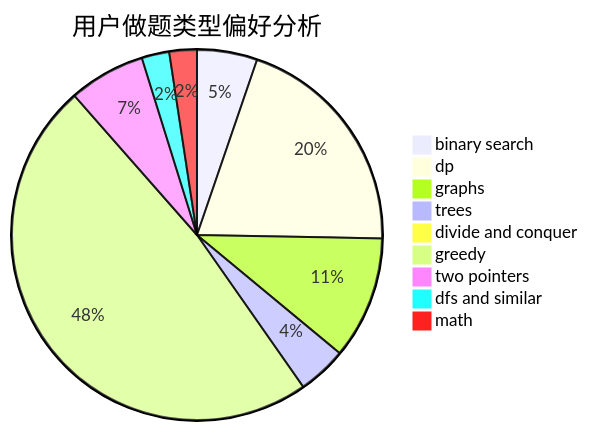
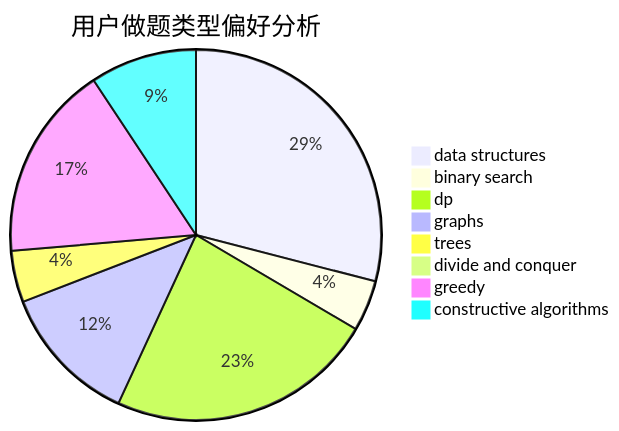
The second of 3 diagrams in docs/user/u676.md (sherpahu/cfrs.github.io), drawn with Mermaid before and after one commit. The commit also changed other lines of this file and 2775 other files, not shown here.

````diff
--- a/docs/user/u676.md
+++ b/docs/user/u676.md
@@ -23,12 +23,11 @@
 ```mermaid
 pie title 用户做题类型偏好分析
-    "binary search" :  129
-    "dp" :  492
-    "graphs" :  263
-    "trees" :  105
-    "divide and conquer" :  1
-    "greedy" :  1184
-    "two pointers" :  164
-    "dfs and similar" :  59
-    "math" :  59
+    "data structures" :  568
+    "binary search" :  87
+    "dp" :  458
+    "graphs" :  240
+    "trees" :  88
+    "divide and conquer" :  0
+    "greedy" :  334
+    "constructive algorithms" :  182
 ```
````
